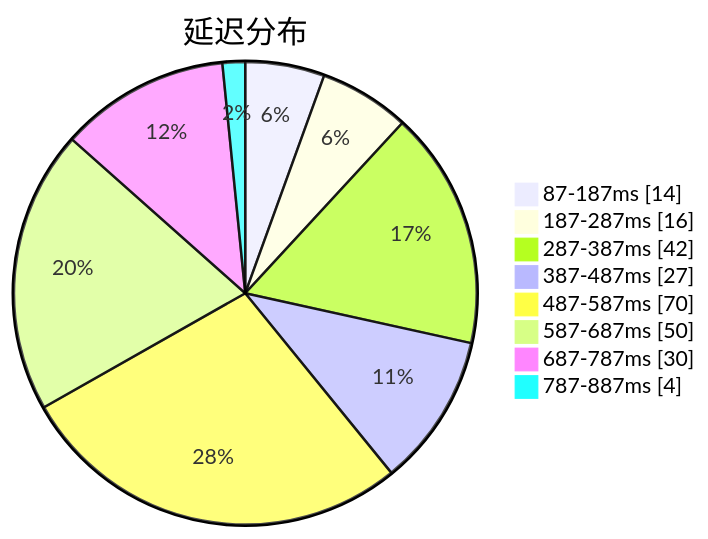
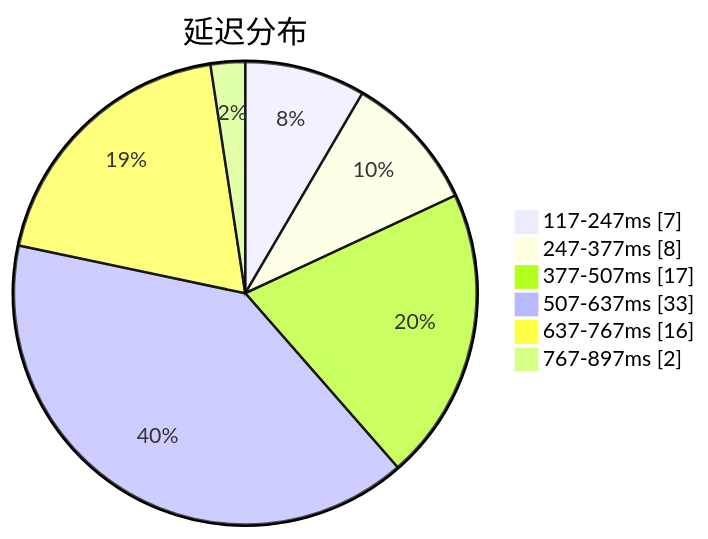
Before and after one commit to sinspired/airport: the first of 3 diagrams in subs/statistics/tested_within.md, drawn with Mermaid. The commit also changed other lines of this file and 2 other files, not shown here.

````diff
--- a/subs/statistics/tested_within.md
+++ b/subs/statistics/tested_within.md
@@ -2,12 +2,10 @@
 ```mermaid
 pie showData
 title 延迟分布
-"87-187ms" : 14
-"187-287ms" : 16
-"287-387ms" : 42
-"387-487ms" : 27
-"487-587ms" : 70
-"587-687ms" : 50
-"687-787ms" : 30
-"787-887ms" : 4
+"117-247ms" : 7
+"247-377ms" : 8
+"377-507ms" : 17
+"507-637ms" : 33
+"637-767ms" : 16
+"767-897ms" : 2
 ```
````
